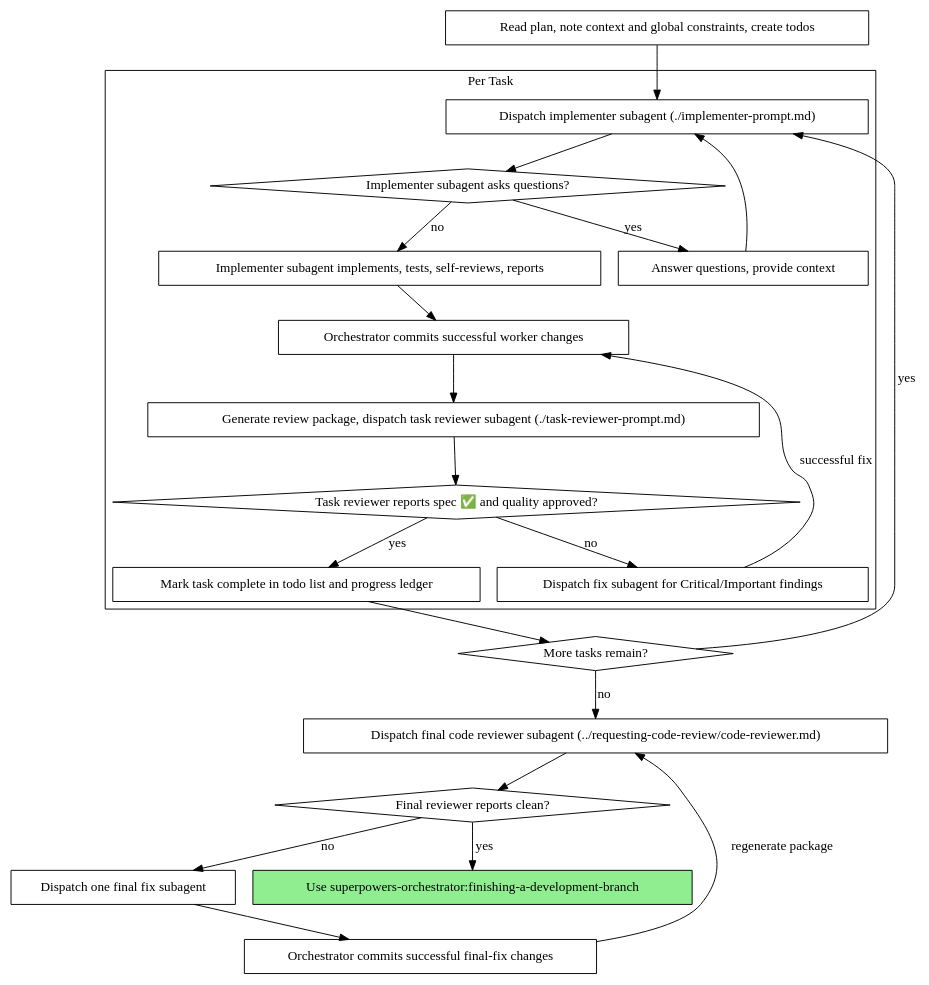
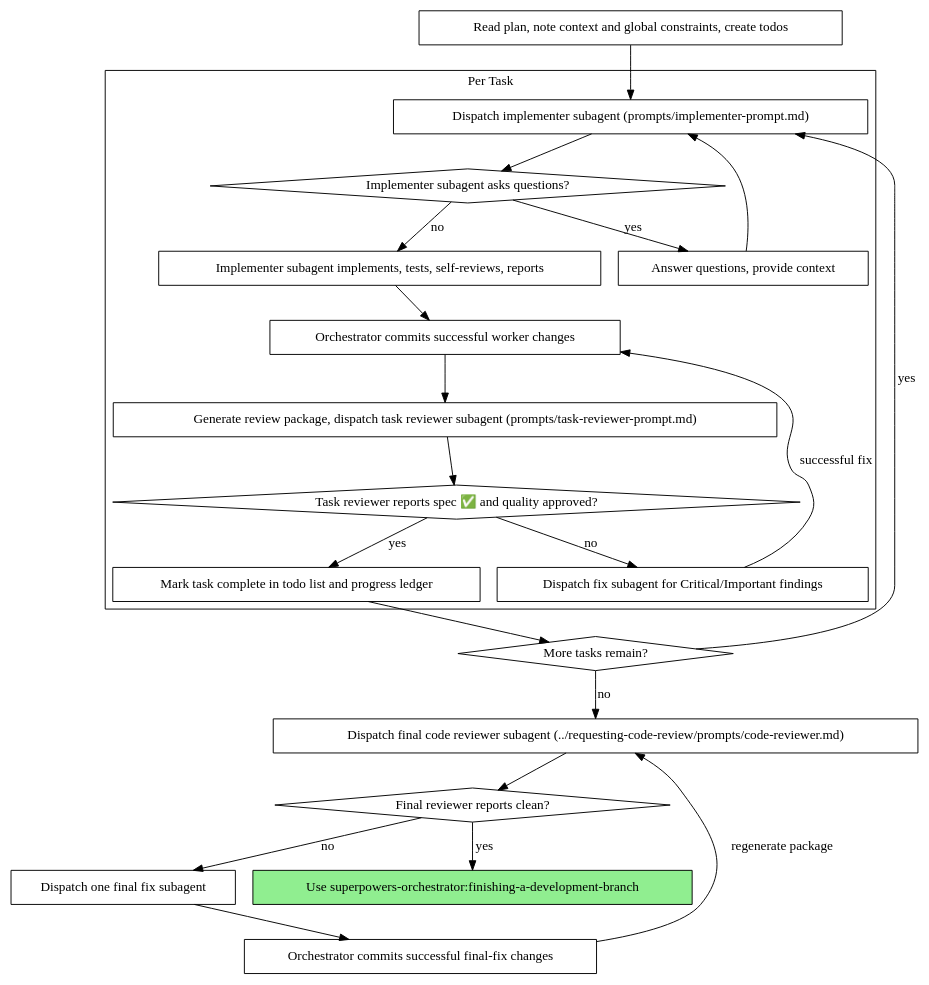
One commit to extensions-factory/orchestrator changed the second of 2 diagrams in skills/subagent-driven-development/SKILL.md. Above: the diagram before and after it, drawn with Graphviz. The commit also changed other lines of this file and 38 other files, not shown here.

````diff
--- a/skills/subagent-driven-development/SKILL.md
+++ b/skills/subagent-driven-development/SKILL.md
@@ -49,46 +49,46 @@
 ```dot
 digraph process {
     rankdir=TB;
 
     subgraph cluster_per_task {
         label="Per Task";
-        "Dispatch implementer subagent (./implementer-prompt.md)" [shape=box];
+        "Dispatch implementer subagent (prompts/implementer-prompt.md)" [shape=box];
         "Implementer subagent asks questions?" [shape=diamond];
         "Answer questions, provide context" [shape=box];
         "Implementer subagent implements, tests, self-reviews, reports" [shape=box];
         "Orchestrator commits successful worker changes" [shape=box];
-        "Generate review package, dispatch task reviewer subagent (./task-reviewer-prompt.md)" [shape=box];
+        "Generate review package, dispatch task reviewer subagent (prompts/task-reviewer-prompt.md)" [shape=box];
         "Task reviewer reports spec ✅ and quality approved?" [shape=diamond];
         "Dispatch fix subagent for Critical/Important findings" [shape=box];
         "Mark task complete in todo list and progress ledger" [shape=box];
     }
 
     "Read plan, note context and global constraints, create todos" [shape=box];
     "More tasks remain?" [shape=diamond];
-    "Dispatch final code reviewer subagent (../requesting-code-review/code-reviewer.md)" [shape=box];
+    "Dispatch final code reviewer subagent (../requesting-code-review/prompts/code-reviewer.md)" [shape=box];
     "Final reviewer reports clean?" [shape=diamond];
     "Dispatch one final fix subagent" [shape=box];
     "Orchestrator commits successful final-fix changes" [shape=box];
     "Use superpowers-orchestrator:finishing-a-development-branch" [shape=box style=filled fillcolor=lightgreen];
 
-    "Read plan, note context and global constraints, create todos" -> "Dispatch implementer subagent (./implementer-prompt.md)";
-    "Dispatch implementer subagent (./implementer-prompt.md)" -> "Implementer subagent asks questions?";
+    "Read plan, note context and global constraints, create todos" -> "Dispatch implementer subagent (prompts/implementer-prompt.md)";
+    "Dispatch implementer subagent (prompts/implementer-prompt.md)" -> "Implementer subagent asks questions?";
     "Implementer subagent asks questions?" -> "Answer questions, provide context" [label="yes"];
-    "Answer questions, provide context" -> "Dispatch implementer subagent (./implementer-prompt.md)";
+    "Answer questions, provide context" -> "Dispatch implementer subagent (prompts/implementer-prompt.md)";
     "Implementer subagent asks questions?" -> "Implementer subagent implements, tests, self-reviews, reports" [label="no"];
     "Implementer subagent implements, tests, self-reviews, reports" -> "Orchestrator commits successful worker changes";
-    "Orchestrator commits successful worker changes" -> "Generate review package, dispatch task reviewer subagent (./task-reviewer-prompt.md)";
-    "Generate review package, dispatch task reviewer subagent (./task-reviewer-prompt.md)" -> "Task reviewer reports spec ✅ and quality approved?";
+    "Orchestrator commits successful worker changes" -> "Generate review package, dispatch task reviewer subagent (prompts/task-reviewer-prompt.md)";
+    "Generate review package, dispatch task reviewer subagent (prompts/task-reviewer-prompt.md)" -> "Task reviewer reports spec ✅ and quality approved?";
     "Task reviewer reports spec ✅ and quality approved?" -> "Dispatch fix subagent for Critical/Important findings" [label="no"];
     "Dispatch fix subagent for Critical/Important findings" -> "Orchestrator commits successful worker changes" [label="successful fix"];
     "Task reviewer reports spec ✅ and quality approved?" -> "Mark task complete in todo list and progress ledger" [label="yes"];
     "Mark task complete in todo list and progress ledger" -> "More tasks remain?";
-    "More tasks remain?" -> "Dispatch implementer subagent (./implementer-prompt.md)" [label="yes"];
-    "More tasks remain?" -> "Dispatch final code reviewer subagent (../requesting-code-review/code-reviewer.md)" [label="no"];
-    "Dispatch final code reviewer subagent (../requesting-code-review/code-reviewer.md)" -> "Final reviewer reports clean?";
+    "More tasks remain?" -> "Dispatch implementer subagent (prompts/implementer-prompt.md)" [label="yes"];
+    "More tasks remain?" -> "Dispatch final code reviewer subagent (../requesting-code-review/prompts/code-reviewer.md)" [label="no"];
+    "Dispatch final code reviewer subagent (../requesting-code-review/prompts/code-reviewer.md)" -> "Final reviewer reports clean?";
     "Final reviewer reports clean?" -> "Use superpowers-orchestrator:finishing-a-development-branch" [label="yes"];
     "Final reviewer reports clean?" -> "Dispatch one final fix subagent" [label="no"];
     "Dispatch one final fix subagent" -> "Orchestrator commits successful final-fix changes";
-    "Orchestrator commits successful final-fix changes" -> "Dispatch final code reviewer subagent (../requesting-code-review/code-reviewer.md)" [label="regenerate package"];
+    "Orchestrator commits successful final-fix changes" -> "Dispatch final code reviewer subagent (../requesting-code-review/prompts/code-reviewer.md)" [label="regenerate package"];
 }
 ```
````
